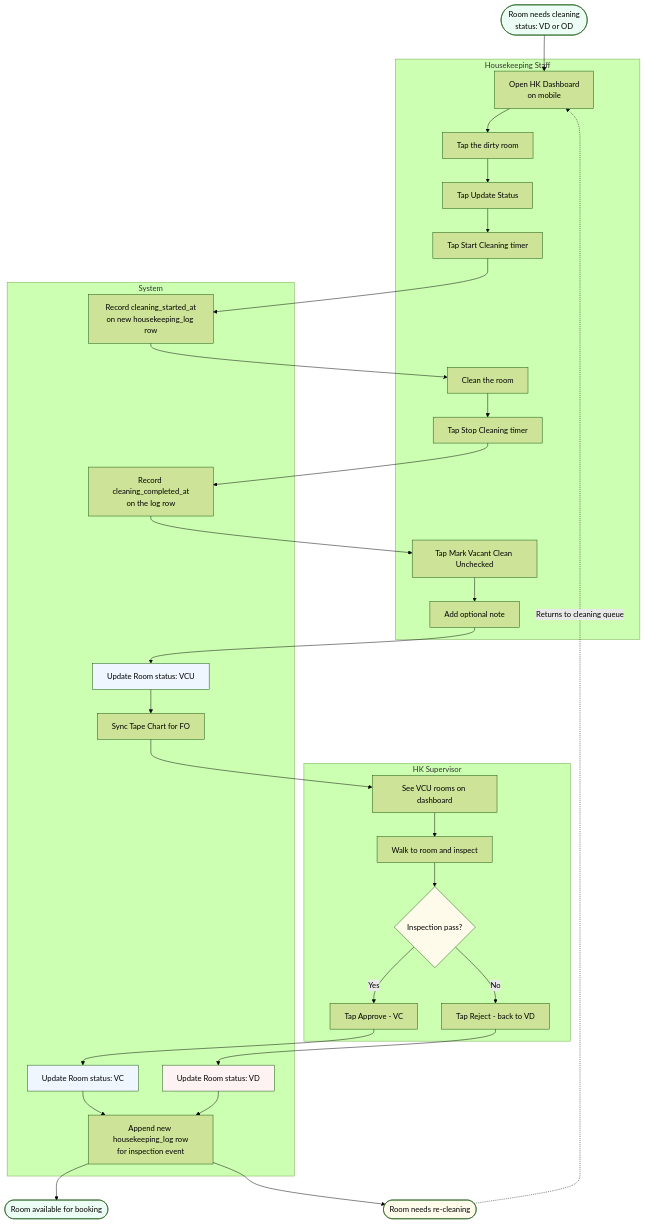
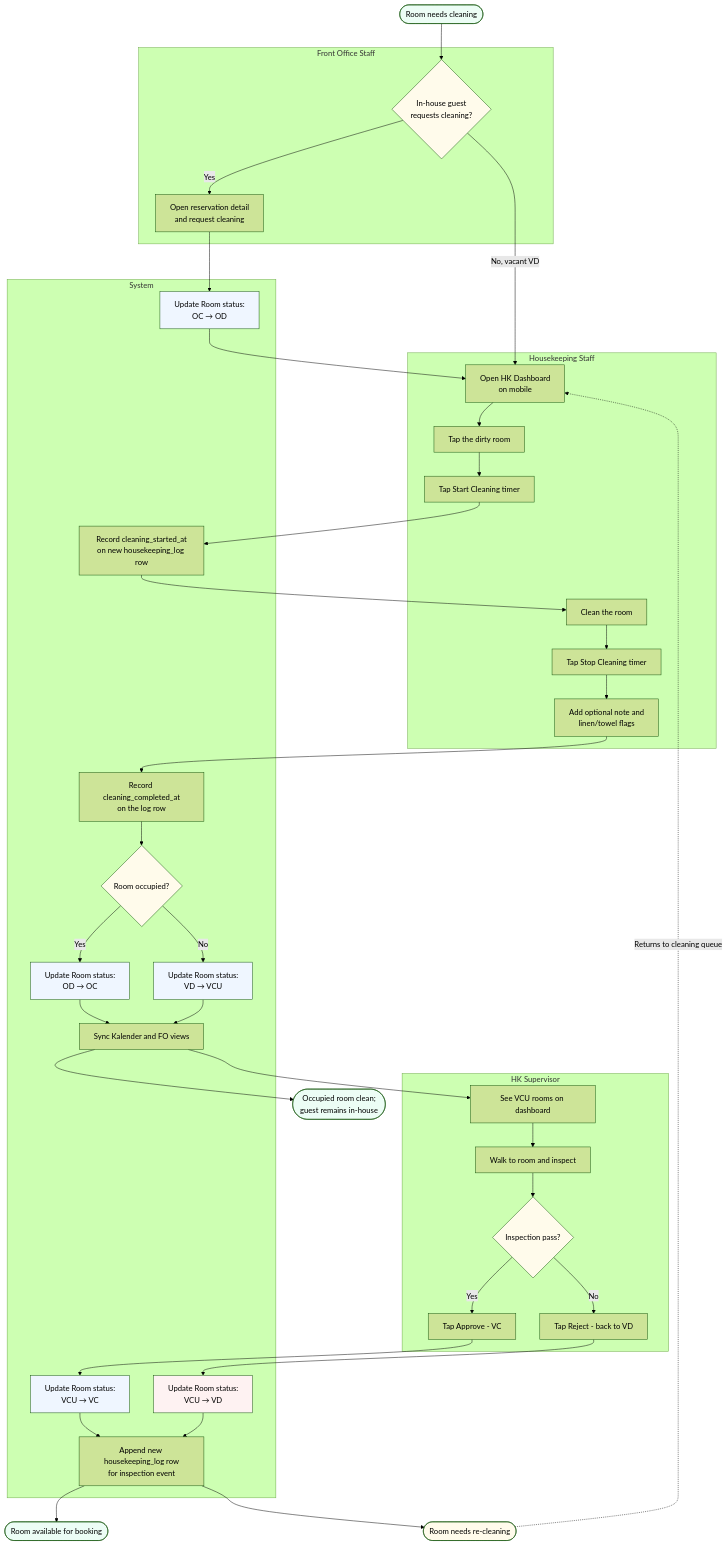
The sixth of 7 diagrams in docs/activity_diagram_mvp.md (nurmareko/zadd-hotel-pms), drawn with Mermaid (forest theme) before and after one commit. The commit also changed other lines of this file and 8 other files, not shown here.

````diff
--- a/docs/activity_diagram_mvp.md
+++ b/docs/activity_diagram_mvp.md
@@ -373,50 +438,67 @@
 ```mermaid
 flowchart TD
-    Start([Room needs cleaning<br/>status: VD or OD])
+    Start([Room needs cleaning])
+
+    subgraph FO[Front Office Staff]
+        FO1{In-house guest<br/>requests cleaning?}
+        FO2[Open reservation detail<br/>and request cleaning]
+    end
 
     subgraph HK[Housekeeping Staff]
         HK1[Open HK Dashboard<br/>on mobile]
         HK2[Tap the dirty room]
-        HK3[Tap Update Status]
-        HK4[Tap Start Cleaning timer]
-        HK5[Clean the room]
-        HK6[Tap Stop Cleaning timer]
-        HK7[Tap Mark Vacant Clean Unchecked]
-        HK8[Add optional note]
+        HK3[Tap Start Cleaning timer]
+        HK4[Clean the room]
+        HK5[Tap Stop Cleaning timer]
+        HK6[Add optional note and<br/>linen/towel flags]
     end
 
     subgraph HS[HK Supervisor]
         HS1[See VCU rooms on dashboard]
         HS2[Walk to room and inspect]
         HS3{Inspection pass?}
         HS4[Tap Approve - VC]
         HS5[Tap Reject - back to VD]
     end
 
     subgraph S[System]
+        S0[Update Room status:<br/>OC → OD]
         S1[Record cleaning_started_at<br/>on new housekeeping_log row]
         S2[Record cleaning_completed_at<br/>on the log row]
-        S3[Update Room status: VCU]
-        S4[Sync Tape Chart for FO]
-        S5[Update Room status: VC]
-        S6[Update Room status: VD]
-        S7[Append new housekeeping_log row<br/>for inspection event]
+        S3{Room occupied?}
+        S4[Update Room status:<br/>OD → OC]
+        S5[Update Room status:<br/>VD → VCU]
+        S6[Sync Kalender and FO views]
+        S7[Update Room status:<br/>VCU → VC]
+        S8[Update Room status:<br/>VCU → VD]
+        S9[Append new housekeeping_log row<br/>for inspection event]
     end
 
     End1([Room available for booking])
     End2([Room needs re-cleaning])
+    End3([Occupied room clean;<br/>guest remains in-house])
 
-    Start --> HK1 --> HK2 --> HK3 --> HK4 --> S1 --> HK5 --> HK6 --> S2 --> HK7 --> HK8 --> S3 --> S4 --> HS1
+    Start --> FO1
+    FO1 -->|Yes| FO2 --> S0 --> HK1
+    FO1 -->|No, vacant VD| HK1
+    HK1 --> HK2 --> HK3 --> S1 --> HK4 --> HK5 --> HK6 --> S2 --> S3
+    S3 -->|Yes| S4 --> S6 --> End3
+    S3 -->|No| S5 --> S6 --> HS1
     HS1 --> HS2 --> HS3
-    HS3 -->|Yes| HS4 --> S5 --> S7 --> End1
-    HS3 -->|No| HS5 --> S6 --> S7 --> End2
+    HS3 -->|Yes| HS4 --> S7 --> S9 --> End1
+    HS3 -->|No| HS5 --> S8 --> S9 --> End2
     End2 -.->|Returns to cleaning queue| HK1
 
     style Start fill:#ecfdf5
     style End1 fill:#ecfdf5
+    style End3 fill:#ecfdf5
     style End2 fill:#fffbeb
+    style FO1 fill:#fffbeb
+    style S3 fill:#fffbeb
     style HS3 fill:#fffbeb
-    style S3 fill:#eff6ff
+    style S0 fill:#eff6ff
+    style S4 fill:#eff6ff
     style S5 fill:#eff6ff
-    style S6 fill:#fef2f2
+    style S7 fill:#eff6ff
+    style S8 fill:#fef2f2
 ```
````
